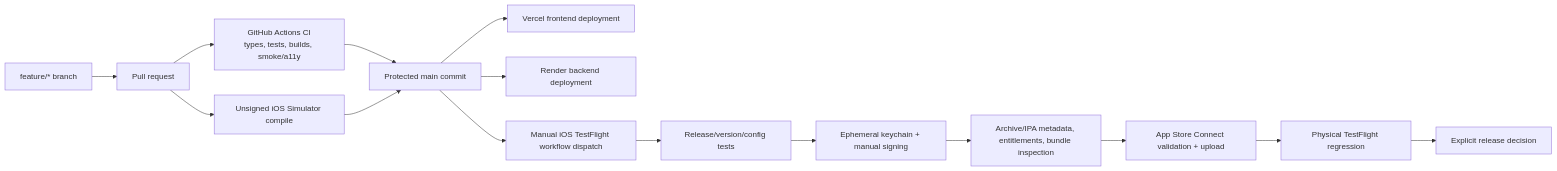
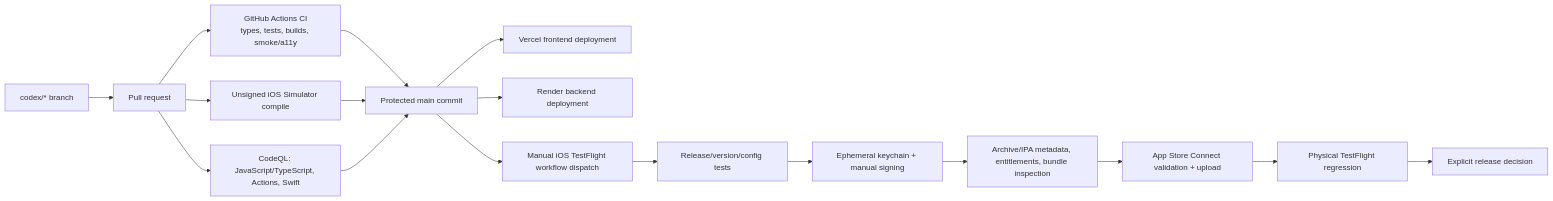
The fourth of 4 diagrams in docs/architecture.md (Ezaz-Ahmad/WagesTracker), drawn with Mermaid before and after one commit. The commit also changed other lines of this file and 8 other files, not shown here.

````diff
--- a/docs/architecture.md
+++ b/docs/architecture.md
@@ -149,17 +162,19 @@
 ```mermaid
 flowchart LR
-  BRANCH["feature/* branch"] --> PR["Pull request"]
+  BRANCH["codex/* branch"] --> PR["Pull request"]
   PR --> CI["GitHub Actions CI\ntypes, tests, builds, smoke/a11y"]
   PR --> SIM["Unsigned iOS Simulator compile"]
+  PR --> CODEQL["CodeQL: JavaScript/TypeScript, Actions, Swift"]
   CI --> MAIN["Protected main commit"]
   SIM --> MAIN
+  CODEQL --> MAIN
   MAIN --> WEB["Vercel frontend deployment"]
   MAIN --> API["Render backend deployment"]
   MAIN --> MANUAL["Manual iOS TestFlight workflow dispatch"]
   MANUAL --> CHECKS["Release/version/config tests"]
   CHECKS --> SIGN["Ephemeral keychain + manual signing"]
   SIGN --> INSPECT["Archive/IPA metadata, entitlements, bundle inspection"]
   INSPECT --> UPLOAD["App Store Connect validation + upload"]
   UPLOAD --> DEVICE["Physical TestFlight regression"]
   DEVICE --> RELEASE["Explicit release decision"]
 ```
````
